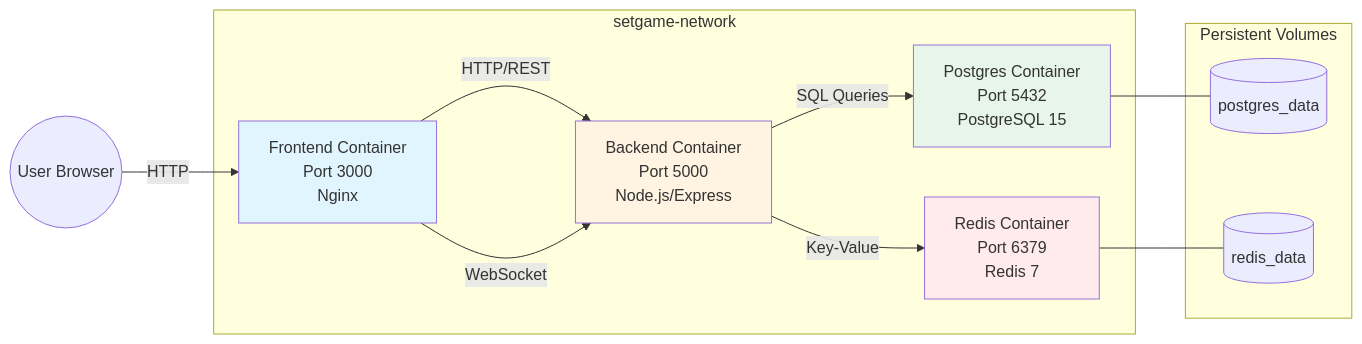
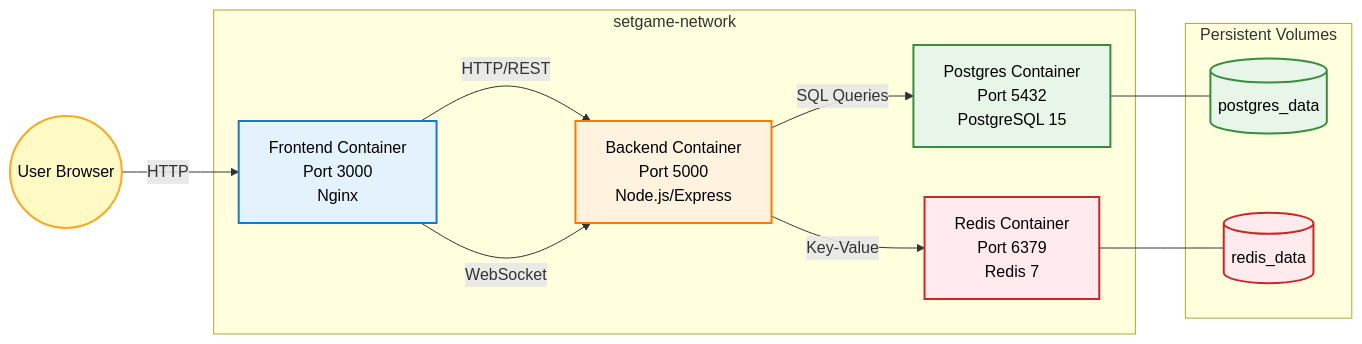
The diagram in infrastructure/README.md (hamza-berahma/set-game), drawn with Mermaid before and after one commit. The commit also changed 7 other files, not shown here.

````diff
--- a/infrastructure/README.md
+++ b/infrastructure/README.md
@@ -14,28 +14,36 @@
 ```mermaid
 graph LR
     subgraph Network[setgame-network]
         FE[Frontend Container<br/>Port 3000<br/>Nginx]
         BE[Backend Container<br/>Port 5000<br/>Node.js/Express]
         PG[Postgres Container<br/>Port 5432<br/>PostgreSQL 15]
         RD[Redis Container<br/>Port 6379<br/>Redis 7]
     end
     
     User((User Browser)) -->|HTTP| FE
     FE -->|HTTP/REST| BE
     FE -->|WebSocket| BE
     BE -->|SQL Queries| PG
     BE -->|Key-Value| RD
     
     subgraph Volumes[Persistent Volumes]
         PG_Vol[(postgres_data)]
         RD_Vol[(redis_data)]
     end
     
     PG --- PG_Vol
     RD --- RD_Vol
     
-    style FE fill:#e1f5ff
-    style BE fill:#fff4e1
-    style PG fill:#e8f5e9
-    style RD fill:#ffebee
+    classDef user fill:#FFF9C4,stroke:#F9A825,stroke-width:2px,color:#000
+    classDef frontend fill:#E3F2FD,stroke:#1976D2,stroke-width:2px,color:#000
+    classDef backend fill:#FFF3E0,stroke:#F57C00,stroke-width:2px,color:#000
+    classDef database fill:#E8F5E9,stroke:#388E3C,stroke-width:2px,color:#000
+    classDef redis fill:#FFEBEE,stroke:#C62828,stroke-width:2px,color:#000
+    classDef volume fill:#F5F5F5,stroke:#616161,stroke-width:2px,color:#000
+    
+    class User user
+    class FE frontend
+    class BE backend
+    class PG,PG_Vol database
+    class RD,RD_Vol redis
 ```
````
